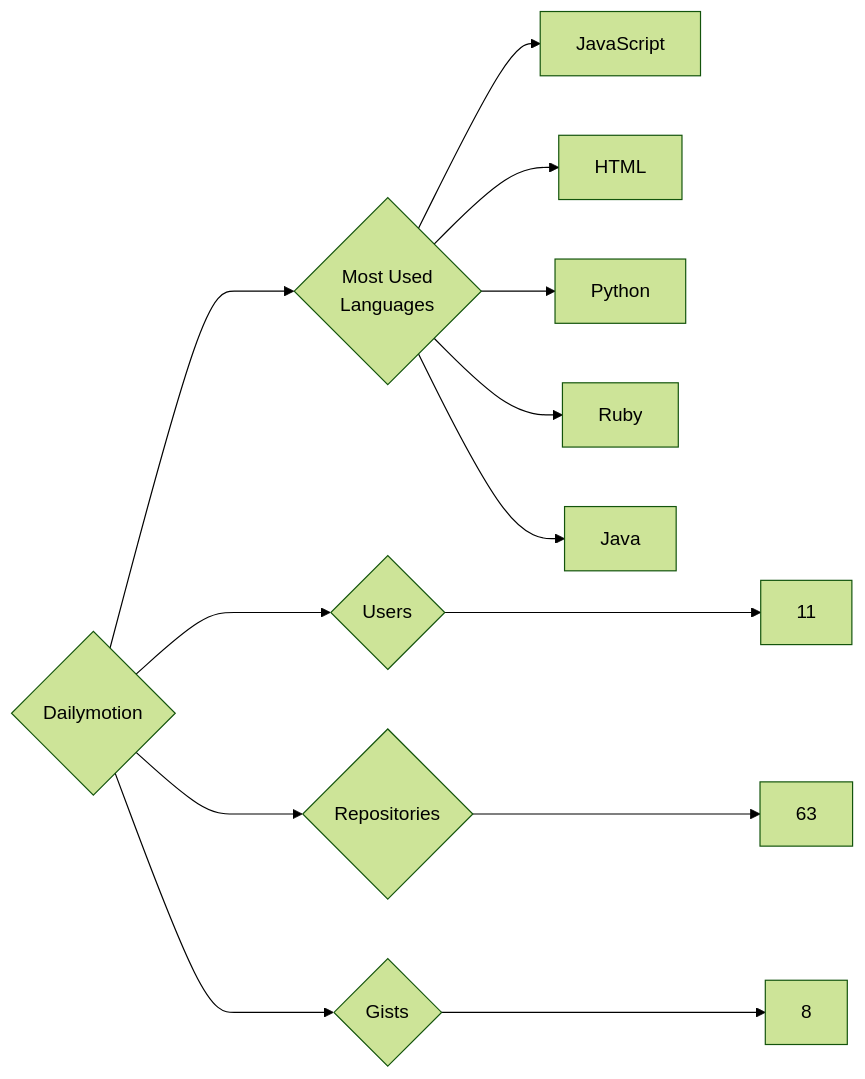
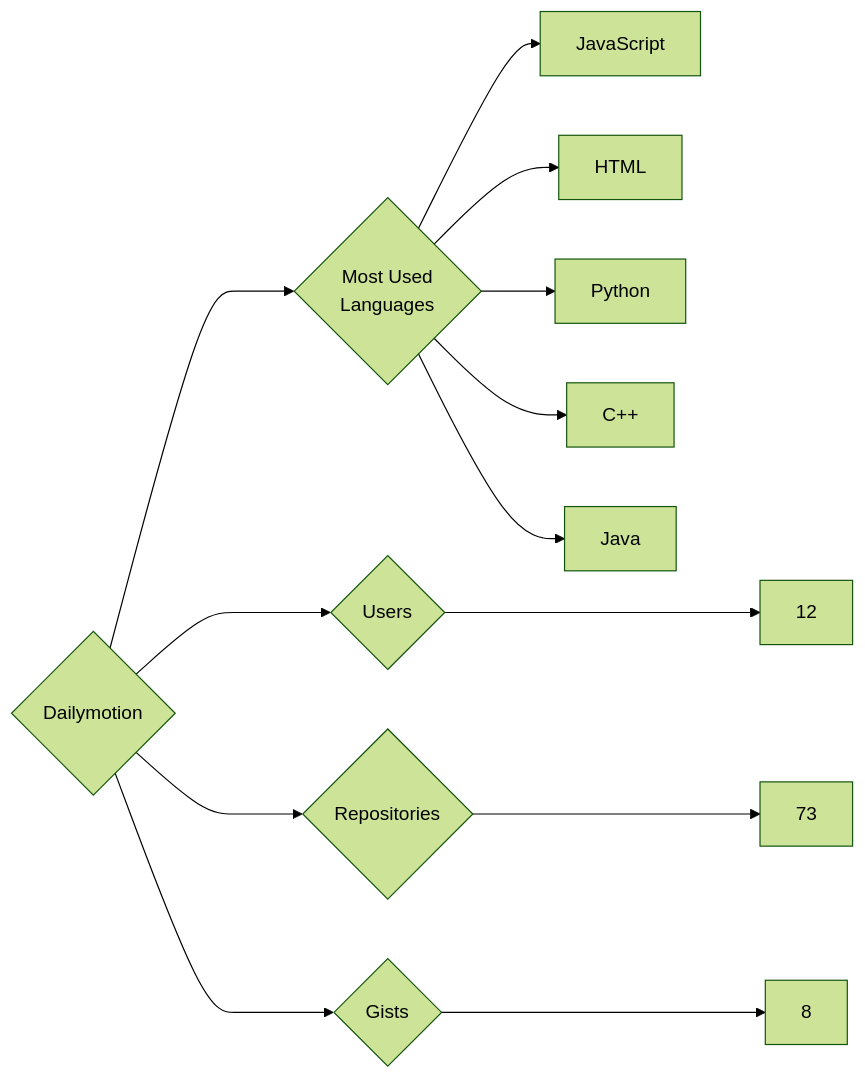
One commit to trickest/insiders changed the diagram in targets/Dailymotion/README.md. Above: the diagram before and after it, drawn with Mermaid (forest theme). The commit also changed 927 other files, not shown here.

````diff
--- a/targets/Dailymotion/README.md
+++ b/targets/Dailymotion/README.md
@@ -3,13 +3,13 @@
 ```mermaid
 graph LR
 COMPANY_NAME{Dailymotion}
-COMPANY_NAME ---> U{Users} ---> UN[11]
-COMPANY_NAME ---> R{Repositories} ---> RN[63]
+COMPANY_NAME ---> U{Users} ---> UN[12]
+COMPANY_NAME ---> R{Repositories} ---> RN[73]
 COMPANY_NAME ---> G{Gists} ---> GN[8]
 COMPANY_NAME ---> ML{Most Used<br>Languages}
 ML --> JavaScript[JavaScript]
 ML --> HTML[HTML]
 ML --> Python[Python]
-ML --> Ruby[Ruby]
+ML --> C++[C++]
 ML --> Java[Java]
 ```
````
